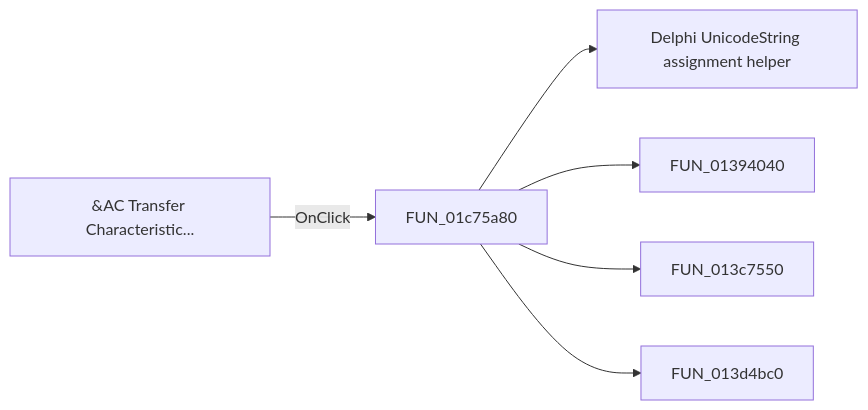
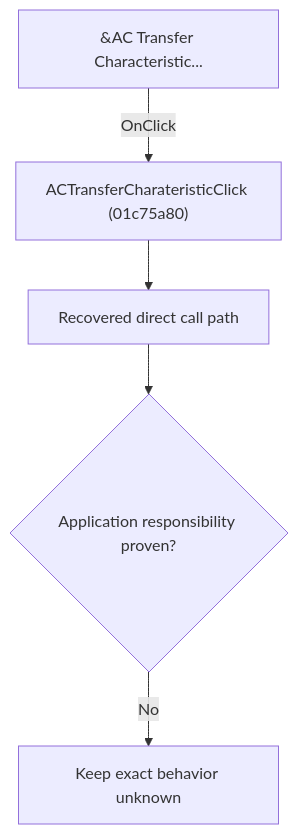
One commit to MovGP0/TIARA changed the diagram in docs/ui-controls/schematiceditor/actransfercharateristic-04d2b460d1.md. Above: the diagram before and after it, drawn with Mermaid. The commit also changed other lines of this file and 1062 other files, not shown here.

````diff
--- a/docs/ui-controls/schematiceditor/actransfercharateristic-04d2b460d1.md
+++ b/docs/ui-controls/schematiceditor/actransfercharateristic-04d2b460d1.md
@@ -27,8 +27,7 @@
 ```mermaid
-flowchart LR
-    control["&AC Transfer Characteristic..."] -->|OnClick| handler["FUN_01c75a80"]
-    handler --> call1["Delphi UnicodeString assignment helper"]
-    handler --> call2["FUN_01394040"]
-    handler --> call3["FUN_013c7550"]
-    handler --> call4["FUN_013d4bc0"]
+flowchart TD
+    control["&AC Transfer Characteristic..."] -->|"OnClick"| handler["ACTransferCharateristicClick (01c75a80)"]
+    handler --> recovered["Recovered direct call path"]
+    recovered --> gap{"Application responsibility proven?"}
+    gap -->|"No"| blocked["Keep exact behavior unknown"]
 ```
````
